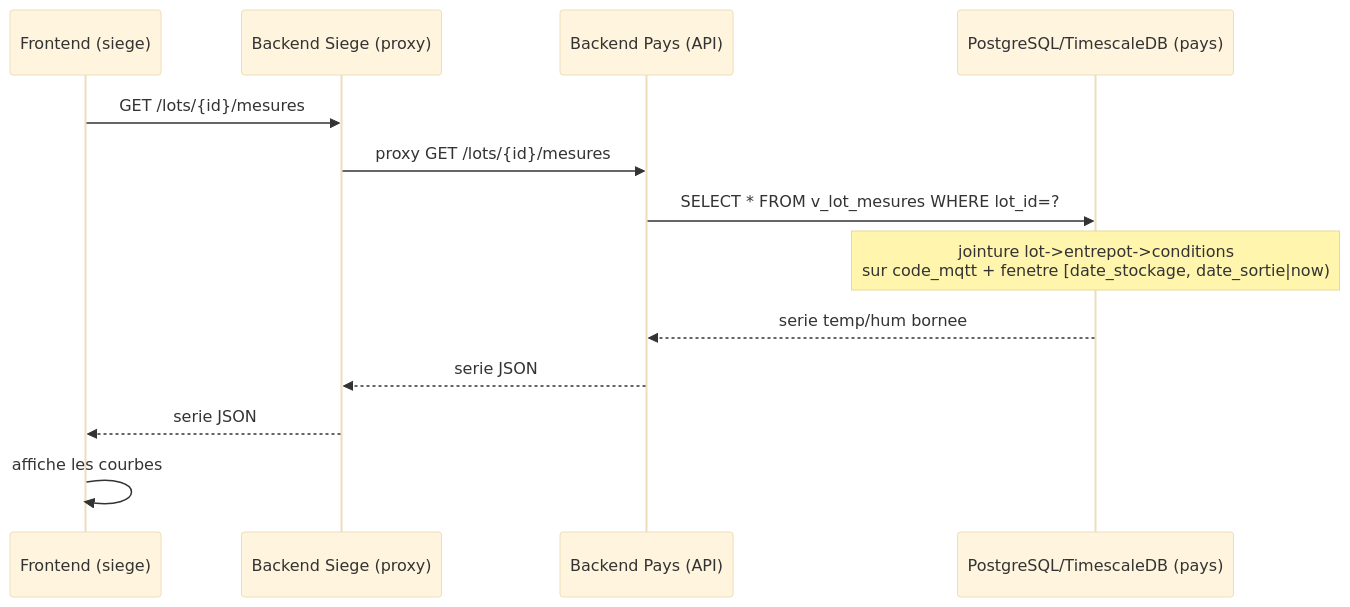
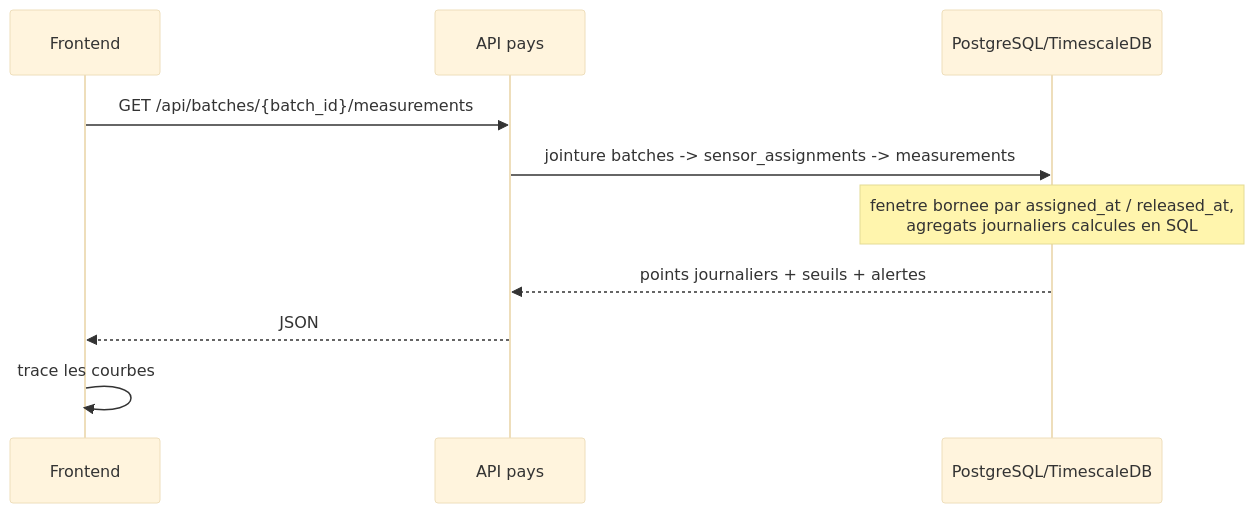
One commit to FutureKawa-Nte-G2/FutureKawa changed the fourth of 8 diagrams in database/docs/architecture.md. Above: the diagram before and after it, drawn with Mermaid (base theme). The commit also changed other lines of this file and 1 other file, not shown here.

First line of the commit message:
docs(db): réécrit l'architecture et le périmètre données

````diff
--- a/database/docs/architecture.md
+++ b/database/docs/architecture.md
@@ -178,16 +220,13 @@
 ```mermaid
 sequenceDiagram
-    participant F as Frontend (siege)
-    participant S as Backend Siege (proxy)
-    participant B as Backend Pays (API)
-    participant P as PostgreSQL/TimescaleDB (pays)
+    participant F as Frontend
+    participant B as API pays
+    participant P as PostgreSQL/TimescaleDB
 
-    F->>S: GET /lots/{id}/mesures
-    S->>B: proxy GET /lots/{id}/mesures
-    B->>P: SELECT * FROM v_lot_mesures WHERE lot_id=?
-    Note over P: jointure lot->entrepot->conditions<br/>sur code_mqtt + fenetre [date_stockage, date_sortie|now)
-    P-->>B: serie temp/hum bornee
-    B-->>S: serie JSON
-    S-->>F: serie JSON
-    F->>F: affiche les courbes
+    F->>B: GET /api/batches/{batch_id}/measurements
+    B->>P: jointure batches -> sensor_assignments -> measurements
+    Note over P: fenetre bornee par assigned_at / released_at,<br/>agregats journaliers calcules en SQL
+    P-->>B: points journaliers + seuils + alertes
+    B-->>F: JSON
+    F->>F: trace les courbes
 ```
````
